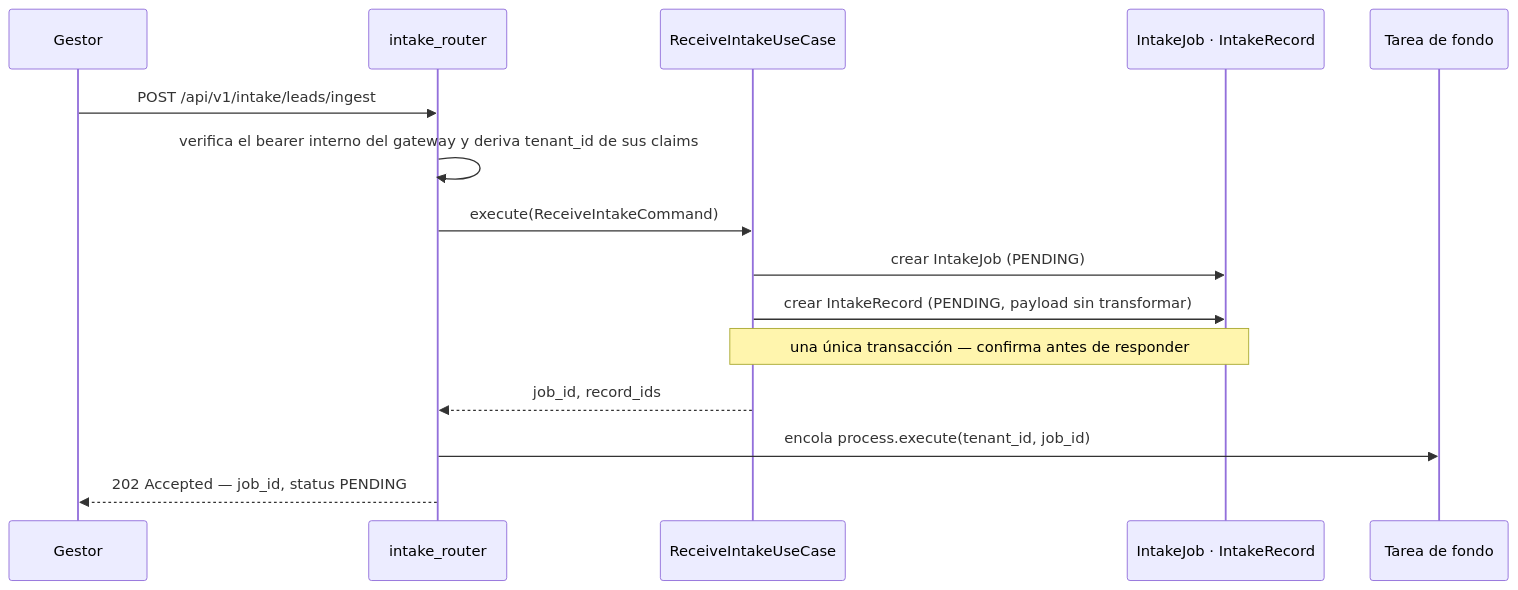
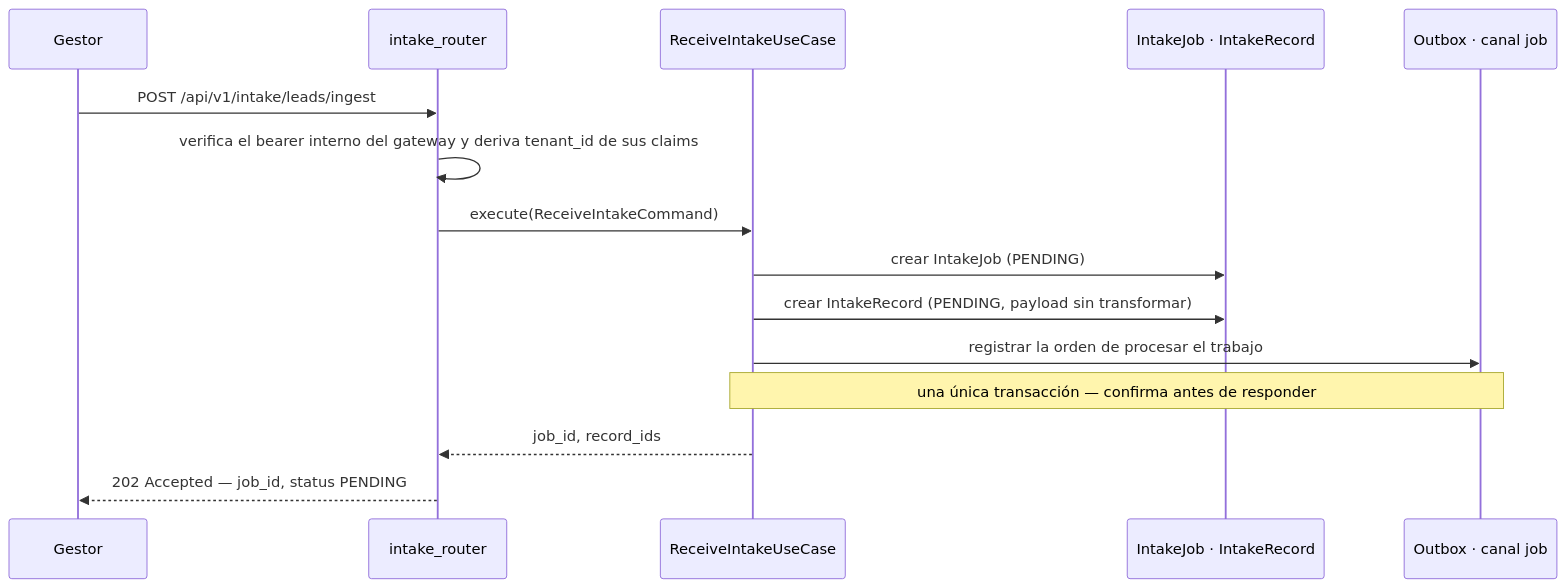
The first of 2 diagrams in docs/content/arquitectura/recorrido-de-un-lead.md (MDCIrony/leads-hexa), drawn with Mermaid before and after one commit. The commit also changed other lines of this file and 8 other files, not shown here.

````diff
--- a/docs/content/arquitectura/recorrido-de-un-lead.md
+++ b/docs/content/arquitectura/recorrido-de-un-lead.md
@@ -13,18 +14,18 @@
 ```mermaid
 sequenceDiagram
     participant Gestor
     participant Router as intake_router
     participant Caso as ReceiveIntakeUseCase
     participant BD as IntakeJob · IntakeRecord
-    participant Fondo as Tarea de fondo
+    participant Out as Outbox · canal job
 
     Gestor->>Router: POST /api/v1/intake/leads/ingest
     Router->>Router: verifica el bearer interno del gateway y deriva tenant_id de sus claims
     Router->>Caso: execute(ReceiveIntakeCommand)
     Caso->>BD: crear IntakeJob (PENDING)
     Caso->>BD: crear IntakeRecord (PENDING, payload sin transformar)
-    Note over Caso,BD: una única transacción — confirma antes de responder
+    Caso->>Out: registrar la orden de procesar el trabajo
+    Note over Caso,Out: una única transacción — confirma antes de responder
     Caso-->>Router: job_id, record_ids
-    Router->>Fondo: encola process.execute(tenant_id, job_id)
     Router-->>Gestor: 202 Accepted — job_id, status PENDING
 ```
````
